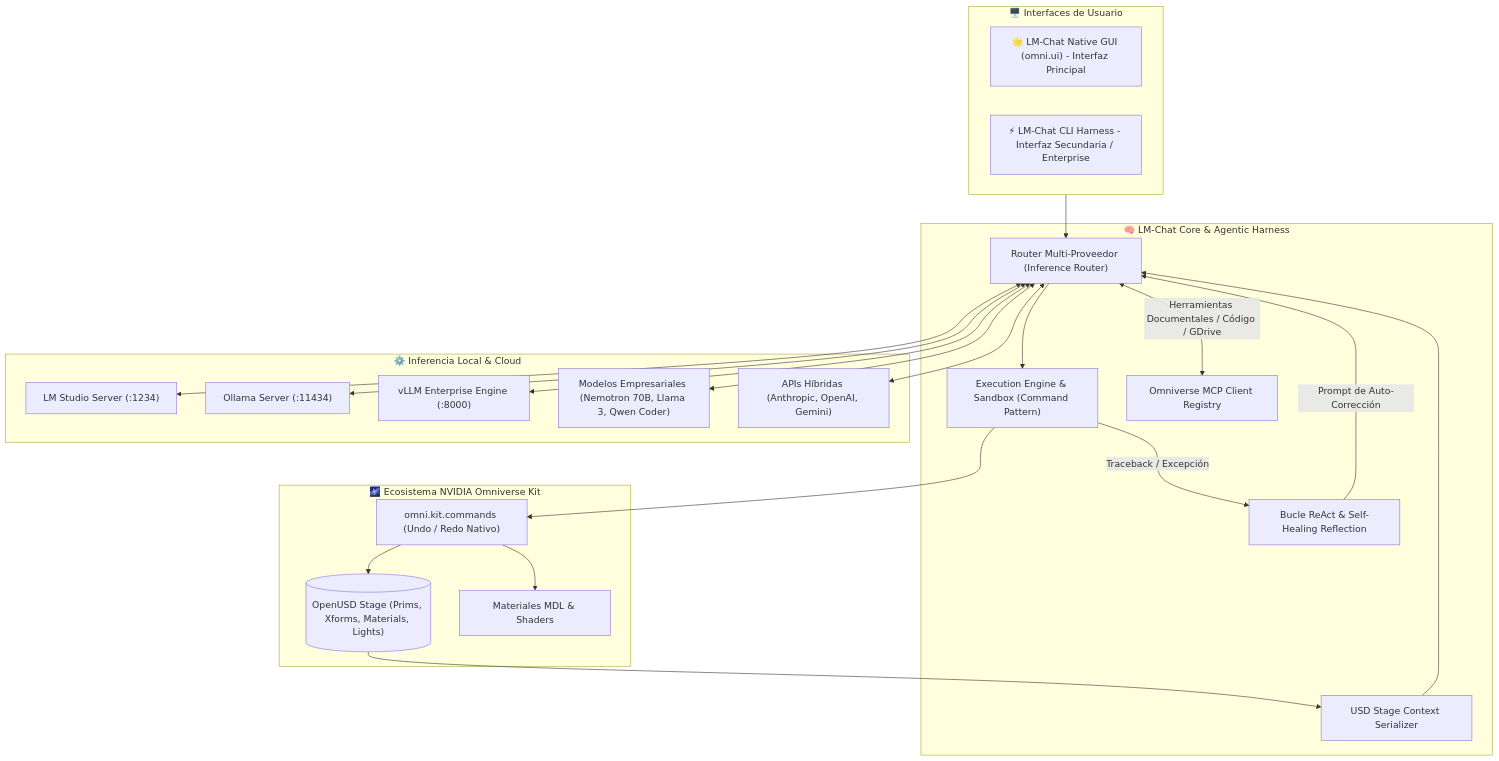
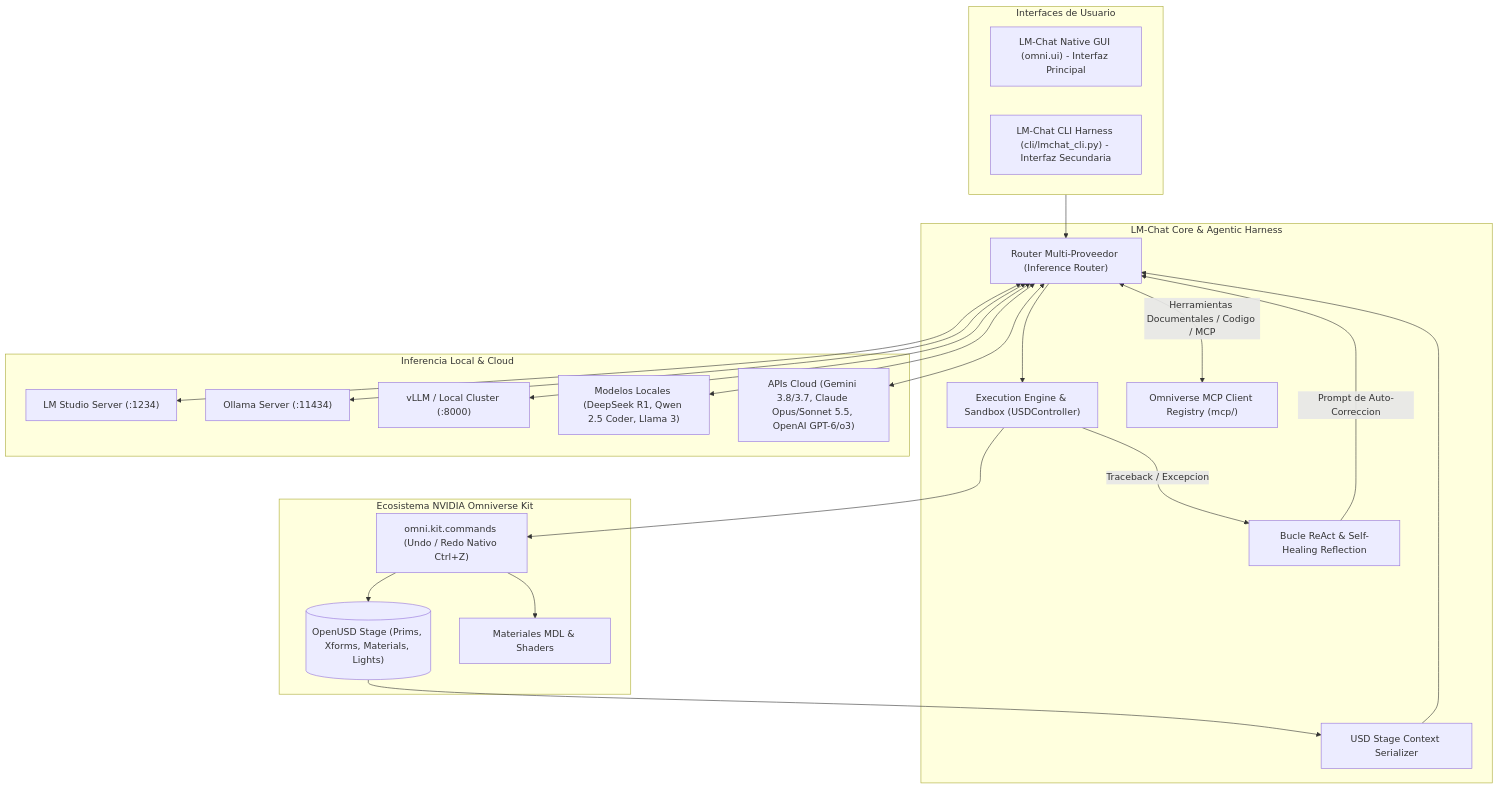
The diagram in docs/diagrams/omni_agent_architecture.mmd (Orlandho/LM-Chat), drawn with Mermaid before and after one commit. The commit also changed 49 other files, not shown here.

Commit message:
docs(architecture): establish comprehensive technical documentation and drawio diagrams for obsidian

```diff
--- a/docs/diagrams/omni_agent_architecture.mmd
+++ b/docs/diagrams/omni_agent_architecture.mmd
@@ -1,45 +1,45 @@
 graph TD
-    subgraph UI ["🖥️ Interfaces de Usuario"]
-        GUI["🌟 LM-Chat Native GUI (omni.ui) - Interfaz Principal"]
-        CLI["⚡ LM-Chat CLI Harness - Interfaz Secundaria / Enterprise"]
+    subgraph UI ["Interfaces de Usuario"]
+        GUI["LM-Chat Native GUI (omni.ui) - Interfaz Principal"]
+        CLI["LM-Chat CLI Harness (cli/lmchat_cli.py) - Interfaz Secundaria"]
     end
 
-    subgraph Core ["🧠 LM-Chat Core & Agentic Harness"]
+    subgraph Core ["LM-Chat Core & Agentic Harness"]
         ROUTER["Router Multi-Proveedor (Inference Router)"]
         STAGE_CTX["USD Stage Context Serializer"]
-        EXEC["Execution Engine & Sandbox (Command Pattern)"]
-        MCP_CLIENT["Omniverse MCP Client Registry"]
+        EXEC["Execution Engine & Sandbox (USDController)"]
+        MCP_CLIENT["Omniverse MCP Client Registry (mcp/)"]
         SELF_HEAL["Bucle ReAct & Self-Healing Reflection"]
     end
 
-    subgraph Engines ["⚙️ Inferencia Local & Cloud"]
+    subgraph Engines ["Inferencia Local & Cloud"]
         LM_STUDIO["LM Studio Server (:1234)"]
         OLLAMA["Ollama Server (:11434)"]
-        VLLM["vLLM Enterprise Engine (:8000)"]
-        ENTERPRISE["Modelos Empresariales (Nemotron 70B, Llama 3, Qwen Coder)"]
-        CLOUD["APIs Híbridas (Anthropic, OpenAI, Gemini)"]
+        VLLM["vLLM / Local Cluster (:8000)"]
+        ENTERPRISE["Modelos Locales (DeepSeek R1, Qwen 2.5 Coder, Llama 3)"]
+        CLOUD["APIs Cloud (Gemini 3.8/3.7, Claude Opus/Sonnet 5.5, OpenAI GPT-6/o3)"]
     end
 
-    subgraph Omniverse ["🌌 Ecosistema NVIDIA Omniverse Kit"]
-        CMD["omni.kit.commands (Undo / Redo Nativo)"]
+    subgraph Omniverse ["Ecosistema NVIDIA Omniverse Kit"]
+        CMD["omni.kit.commands (Undo / Redo Nativo Ctrl+Z)"]
         USD[("OpenUSD Stage (Prims, Xforms, Materials, Lights)")]
         MDL["Materiales MDL & Shaders"]
     end
 
     UI --> ROUTER
     ROUTER <--> LM_STUDIO
     ROUTER <--> OLLAMA
     ROUTER <--> VLLM
     ROUTER <--> ENTERPRISE
     ROUTER <--> CLOUD
 
     USD --> STAGE_CTX --> ROUTER
     ROUTER --> EXEC
     EXEC --> CMD
     CMD --> USD
     CMD --> MDL
     
-    EXEC -->|"Traceback / Excepción"| SELF_HEAL
-    SELF_HEAL -->|"Prompt de Auto-Corrección"| ROUTER
+    EXEC -->|"Traceback / Excepcion"| SELF_HEAL
+    SELF_HEAL -->|"Prompt de Auto-Correccion"| ROUTER
 
-    ROUTER <-->|"Herramientas Documentales / Código / GDrive"| MCP_CLIENT
+    ROUTER <-->|"Herramientas Documentales / Codigo / MCP"| MCP_CLIENT
```
